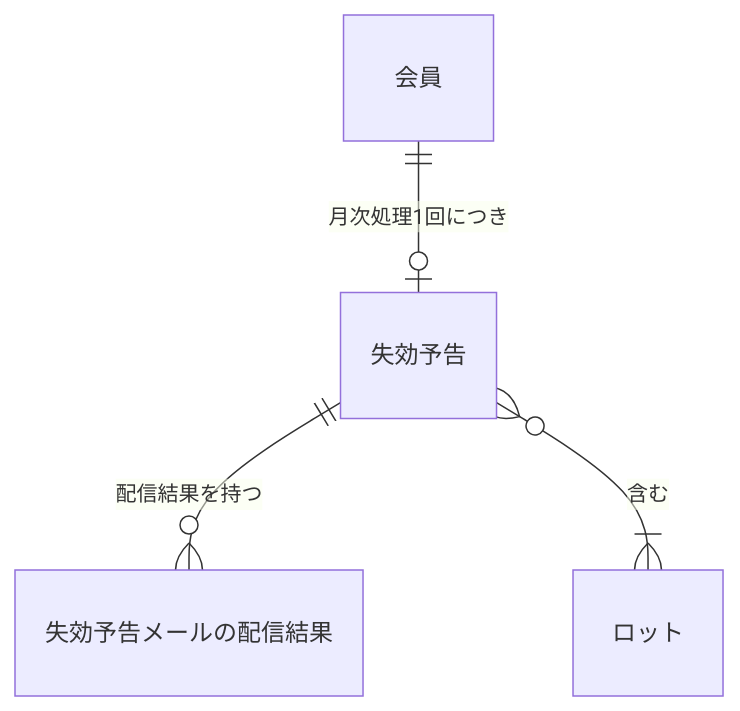
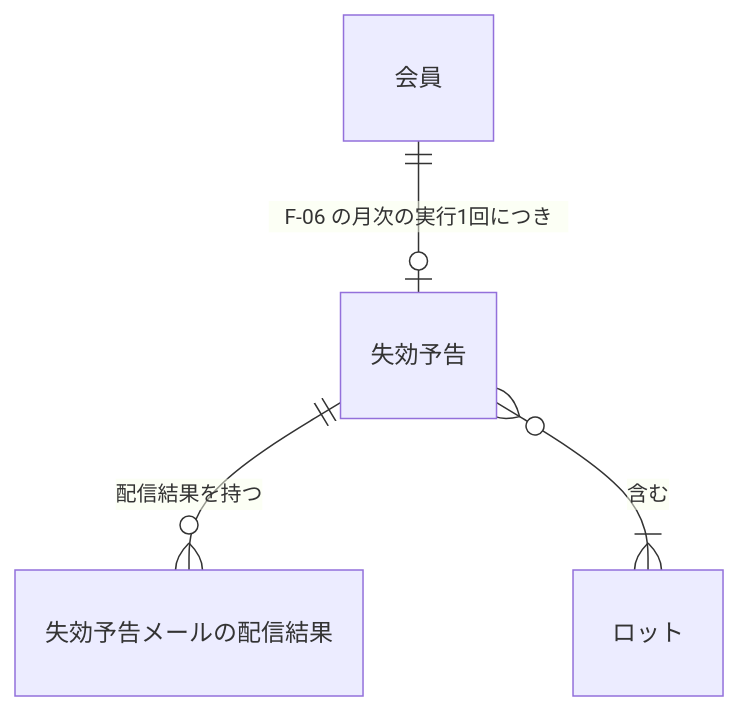
The third of 6 diagrams in samples/docs/requirements.md (kasiopeiya/claude-dev-template), drawn with Mermaid before and after one commit. The commit also changed other lines of this file and 2 other files, not shown here.

````diff
--- a/samples/docs/requirements.md
+++ b/samples/docs/requirements.md
@@ -303,10 +310,10 @@
 ```mermaid
 erDiagram
     MEMBER["会員"]
     NOTICE["失効予告"]
     RESULT["失効予告メールの配信結果"]
     LOT["ロット"]
-    MEMBER ||--o| NOTICE : "月次処理1回につき"
+    MEMBER ||--o| NOTICE : "F-06 の月次の実行1回につき"
     NOTICE ||--o{ RESULT : 配信結果を持つ
     NOTICE }o--|{ LOT : 含む
 ```
````
